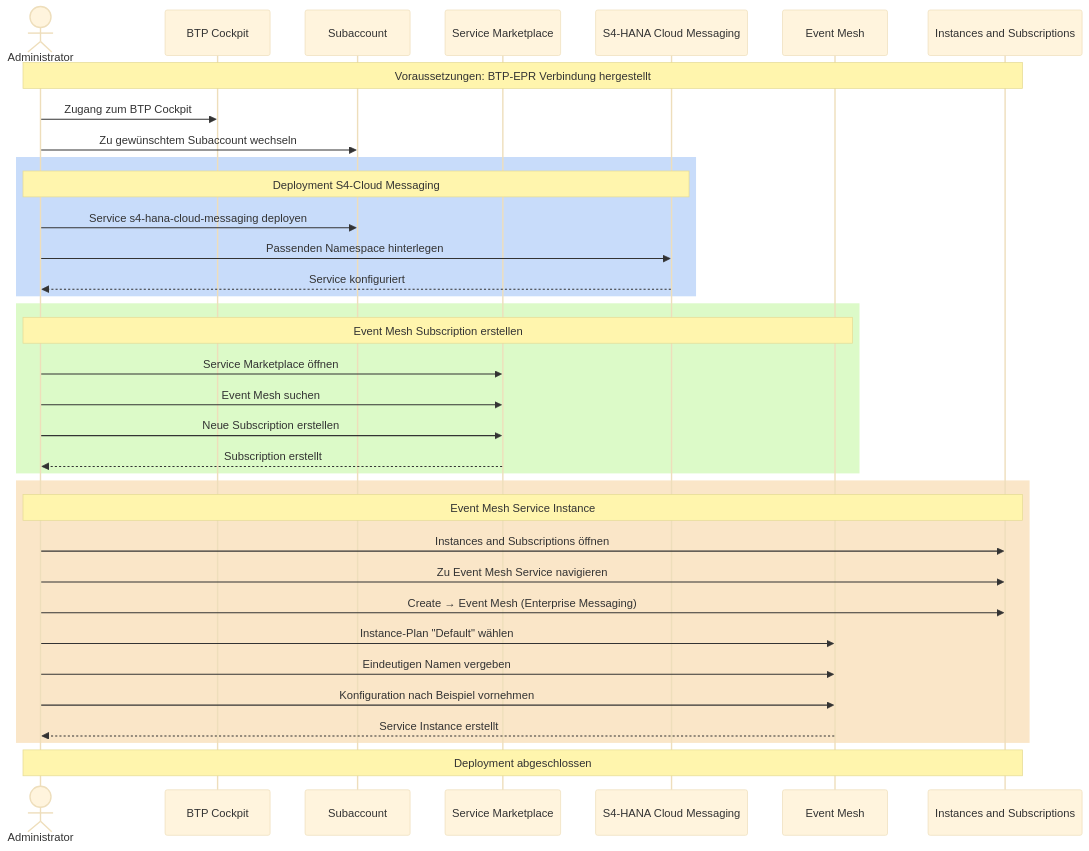
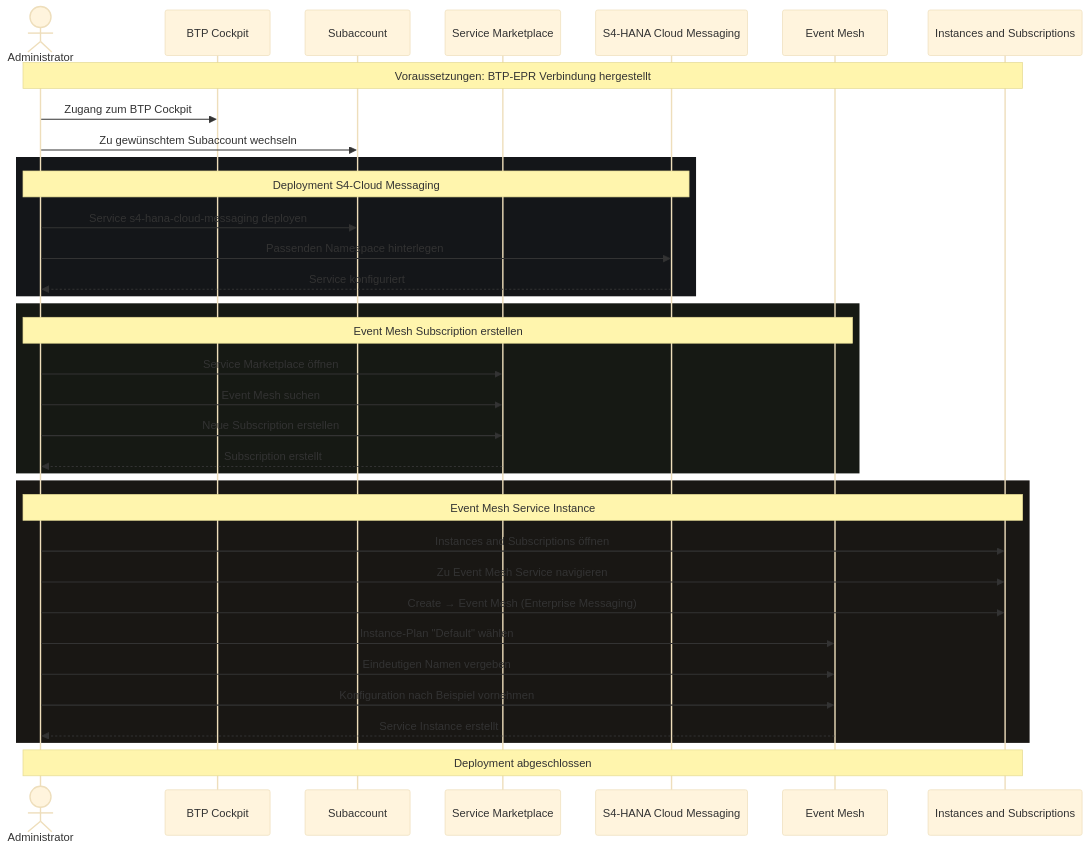
Before and after one commit to tq-bit/public-notes: the diagram in content/SAP Integration Suite/How-Tos/Deployment von Event Mesh & Cloud Messaging.md, drawn with Mermaid (base theme). The commit also changed 10 other files, not shown here.

````diff
--- a/content/SAP Integration Suite/How-Tos/Deployment von Event Mesh & Cloud Messaging.md
+++ b/content/SAP Integration Suite/How-Tos/Deployment von Event Mesh & Cloud Messaging.md
@@ -32,43 +32,43 @@
 ```mermaid
 sequenceDiagram
     actor Admin as Administrator
     participant BTP as BTP Cockpit
     participant Sub as Subaccount
     participant SM as Service Marketplace
     participant S4CM as S4-HANA Cloud Messaging
     participant EM as Event Mesh
     participant IS as Instances and Subscriptions
 
     Note over Admin,IS: Voraussetzungen: BTP-EPR Verbindung hergestellt
 
     Admin->>BTP: Zugang zum BTP Cockpit
     Admin->>Sub: Zu gewünschtem Subaccount wechseln
     
-    rect rgb(200, 220, 250)
+    rect rgb(20, 22, 25)
         Note over Admin,S4CM: Deployment S4-Cloud Messaging
         Admin->>Sub: Service s4-hana-cloud-messaging deployen
         Admin->>S4CM: Passenden Namespace hinterlegen
         S4CM-->>Admin: Service konfiguriert
     end
     
-    rect rgb(220, 250, 200)
+    rect rgb(22, 25, 20)
         Note over Admin,EM: Event Mesh Subscription erstellen
         Admin->>SM: Service Marketplace öffnen
         Admin->>SM: Event Mesh suchen
         Admin->>SM: Neue Subscription erstellen
         SM-->>Admin: Subscription erstellt
     end
     
-    rect rgb(250, 230, 200)
+    rect rgb(25, 23, 20)
         Note over Admin,IS: Event Mesh Service Instance
         Admin->>IS: Instances and Subscriptions öffnen
         Admin->>IS: Zu Event Mesh Service navigieren
         Admin->>IS: Create → Event Mesh (Enterprise Messaging)
         Admin->>EM: Instance-Plan "Default" wählen
         Admin->>EM: Eindeutigen Namen vergeben
         Admin->>EM: Konfiguration nach Beispiel vornehmen
         EM-->>Admin: Service Instance erstellt
     end
     
     Note over Admin,IS: Deployment abgeschlossen
 ```
````
